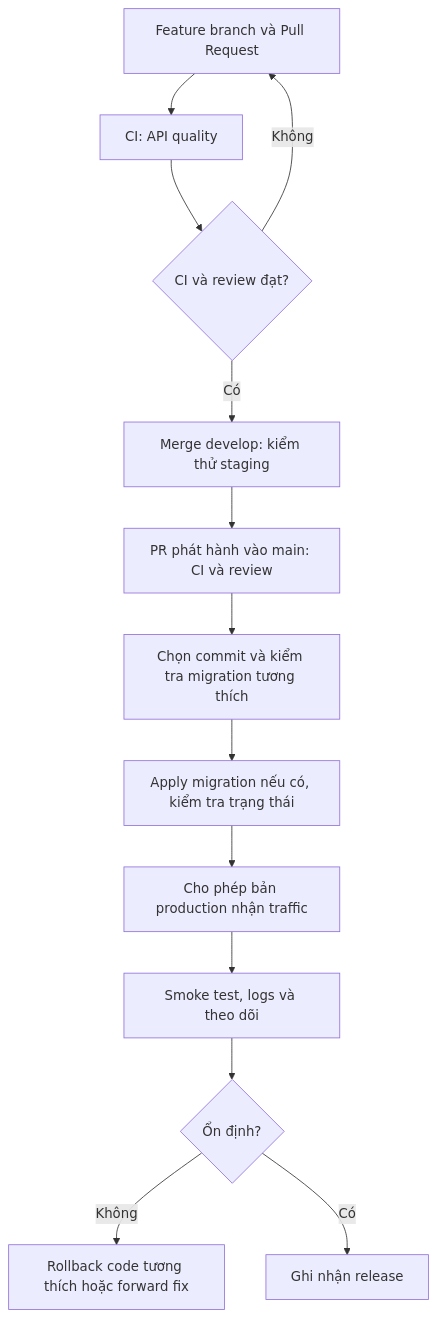
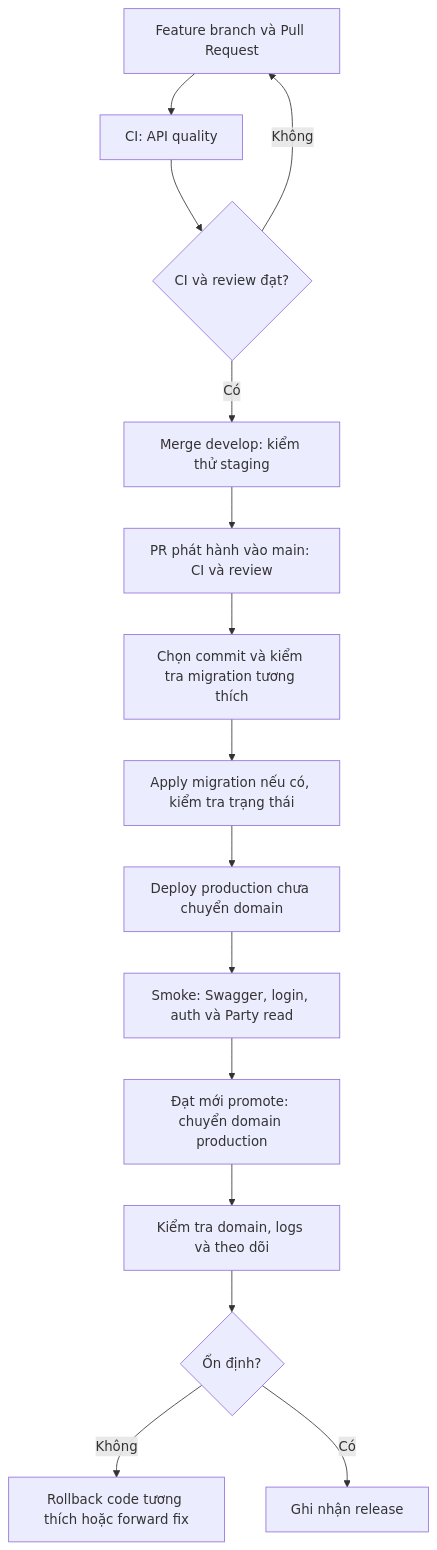
Before and after one commit to PhuongT1/debtflow-api: the diagram in docs/deployment/index.md, drawn with Mermaid. The commit also changed other lines of this file and 8 other files, not shown here.

````diff
--- a/docs/deployment/index.md
+++ b/docs/deployment/index.md
@@ -36,15 +36,17 @@
 ```mermaid
 flowchart TD
   A[Feature branch và Pull Request] --> B[CI: API quality]
   B --> C{CI và review đạt?}
   C -- Không --> A
   C -- Có --> D[Merge develop: kiểm thử staging]
   D --> E[PR phát hành vào main: CI và review]
   E --> F[Chọn commit và kiểm tra migration tương thích]
   F --> G[Apply migration nếu có, kiểm tra trạng thái]
-  G --> H[Cho phép bản production nhận traffic]
-  H --> I[Smoke test, logs và theo dõi]
+  G --> H[Deploy production chưa chuyển domain]
+  H --> S[Smoke: Swagger, login, auth và Party read]
+  S --> P[Đạt mới promote: chuyển domain production]
+  P --> I[Kiểm tra domain, logs và theo dõi]
   I --> J{Ổn định?}
   J -- Không --> K[Rollback code tương thích hoặc forward fix]
   J -- Có --> L[Ghi nhận release]
 ```
````
